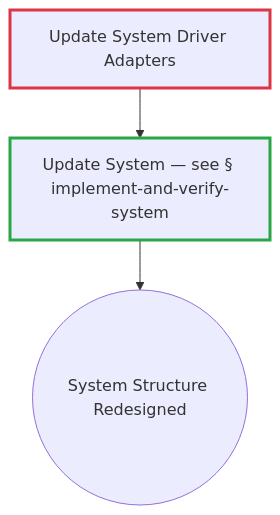
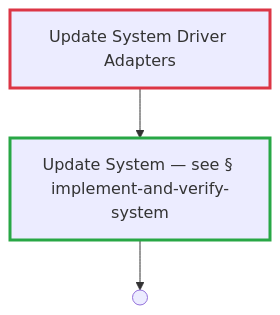
Before and after one commit to optivem/gh-optivem: the ninth of 53 diagrams in docs/process-diagram.md, drawn with Mermaid. The commit also changed other lines of this file and 1 other file, not shown here.

````diff
--- a/docs/process-diagram.md
+++ b/docs/process-diagram.md
@@ -210,15 +208,15 @@
 ```mermaid
 flowchart TD
     IMPLEMENT_AND_VERIFY_SYSTEM[Update System — see § implement-and-verify-system]
-    REDESIGN_END((System Structure Redesigned))
+    REDESIGN_END(( ))
     UPDATE_SYSTEM_DRIVER_ADAPTERS[Update System Driver Adapters]
 
     UPDATE_SYSTEM_DRIVER_ADAPTERS --> IMPLEMENT_AND_VERIFY_SYSTEM
     IMPLEMENT_AND_VERIFY_SYSTEM --> REDESIGN_END
 
     classDef tddRedNode stroke:#dc3545,stroke-width:3px
     class UPDATE_SYSTEM_DRIVER_ADAPTERS tddRedNode
 
     classDef tddGreenNode stroke:#28a745,stroke-width:3px
     class IMPLEMENT_AND_VERIFY_SYSTEM tddGreenNode
 ```
````
